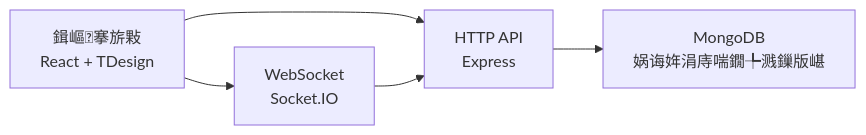
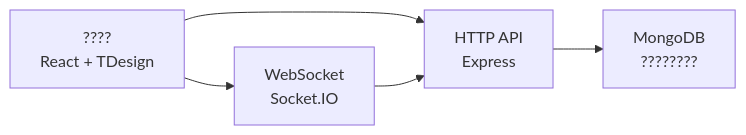
One commit to zhouhaot/jiaolanrihua changed the diagram in README.md. Above: the diagram before and after it, drawn with Mermaid. The commit also changed other lines of this file, not shown here.

````diff
--- a/README.md
+++ b/README.md
@@ -28,7 +37,7 @@
 ```mermaid
 flowchart LR
-  A["鍓嶇搴旂敤\nReact + TDesign"] --> B["HTTP API\nExpress"]
+  A["????\nReact + TDesign"] --> B["HTTP API\nExpress"]
   A --> C["WebSocket\nSocket.IO"]
-  B --> D["MongoDB\n娲诲姩涓庤喘鐗╄溅鏁版嵁"]
+  B --> D["MongoDB\n????????"]
   C --> B
 ```
````
